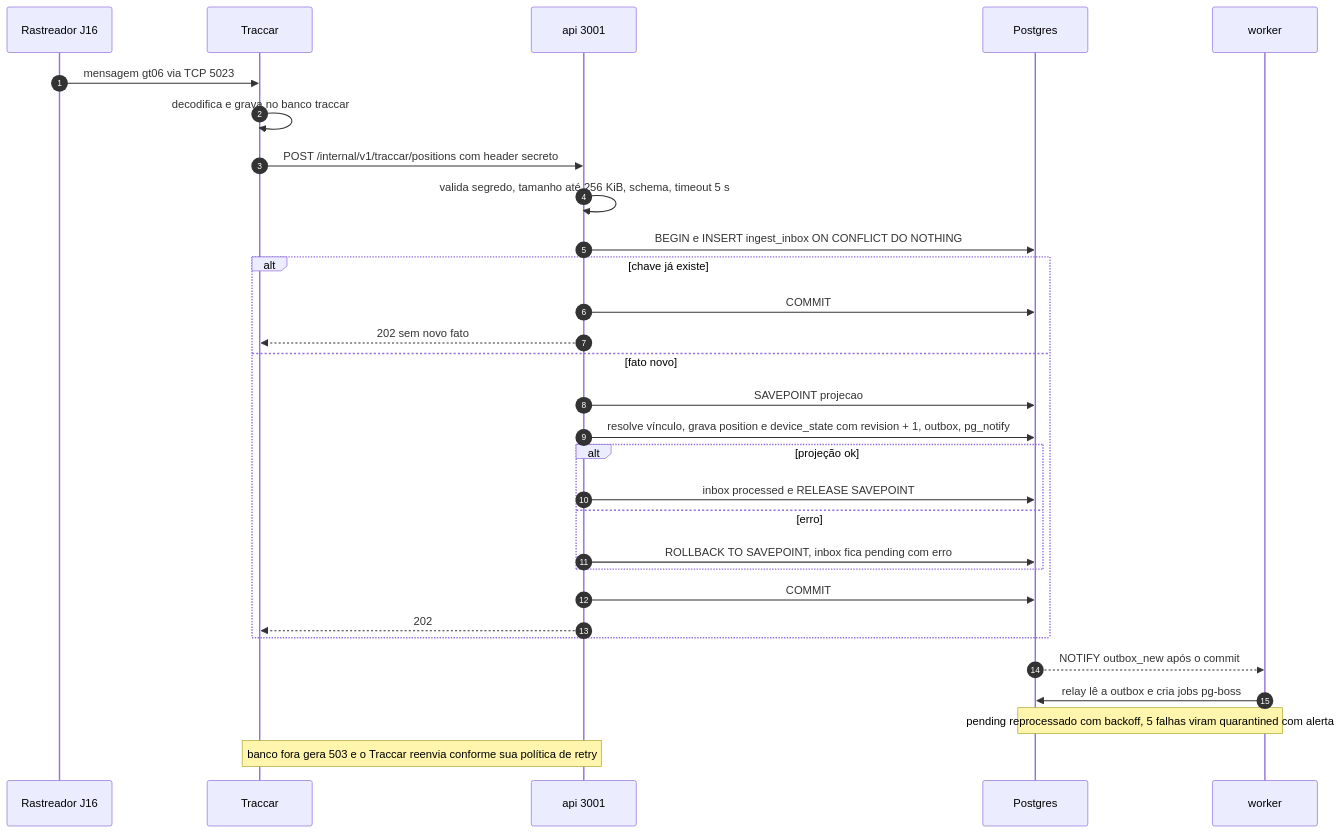
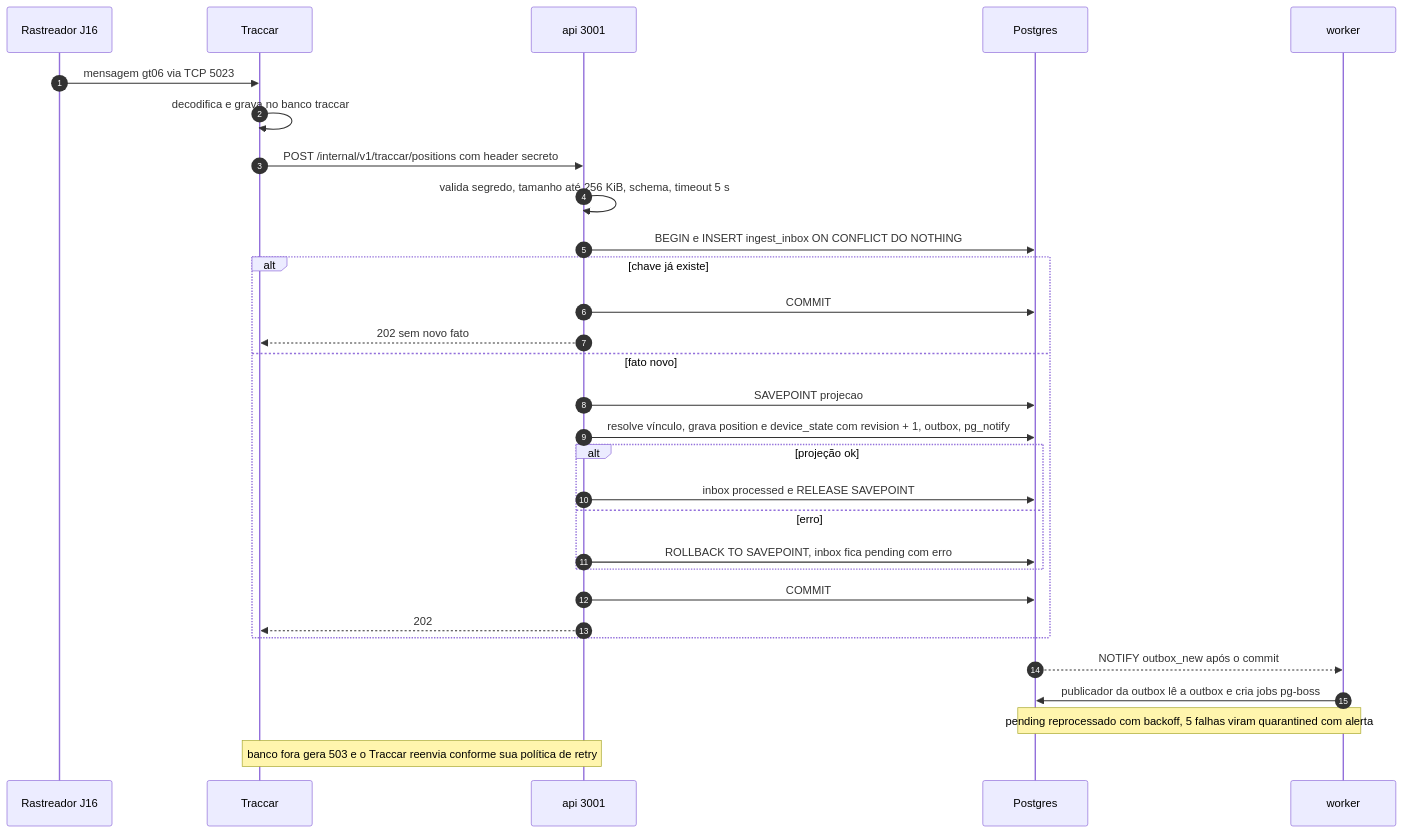
Before and after one commit to souangelosantos/NC-TrackSys: the second of 3 diagrams in docs/spec/03-arquitetura.md, drawn with Mermaid. The commit also changed other lines of this file and 67 other files, not shown here.

````diff
--- a/docs/spec/03-arquitetura.md
+++ b/docs/spec/03-arquitetura.md
@@ -122,32 +141,32 @@
 ```mermaid
 sequenceDiagram
   autonumber
   participant R as Rastreador J16
   participant T as Traccar
   participant A as api 3001
   participant P as Postgres
   participant W as worker
   R->>T: mensagem gt06 via TCP 5023
   T->>T: decodifica e grava no banco traccar
   T->>A: POST /internal/v1/traccar/positions com header secreto
   A->>A: valida segredo, tamanho até 256 KiB, schema, timeout 5 s
   A->>P: BEGIN e INSERT ingest_inbox ON CONFLICT DO NOTHING
   alt chave já existe
     A->>P: COMMIT
     A-->>T: 202 sem novo fato
   else fato novo
     A->>P: SAVEPOINT projecao
     A->>P: resolve vínculo, grava position e device_state com revision + 1, outbox, pg_notify
     alt projeção ok
       A->>P: inbox processed e RELEASE SAVEPOINT
     else erro
       A->>P: ROLLBACK TO SAVEPOINT, inbox fica pending com erro
     end
     A->>P: COMMIT
     A-->>T: 202
   end
   P-->>W: NOTIFY outbox_new após o commit
-  W->>P: relay lê a outbox e cria jobs pg-boss
+  W->>P: publicador da outbox lê a outbox e cria jobs pg-boss
   Note over W,P: pending reprocessado com backoff, 5 falhas viram quarantined com alerta
   Note over T,A: banco fora gera 503 e o Traccar reenvia conforme sua política de retry
 ```
````
